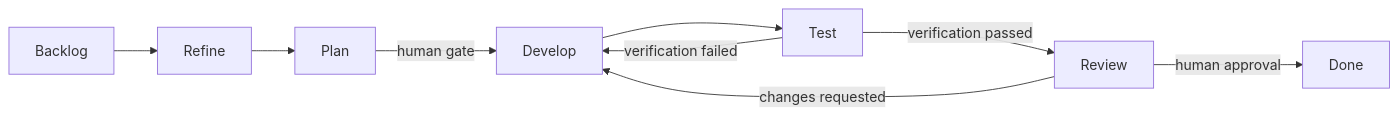
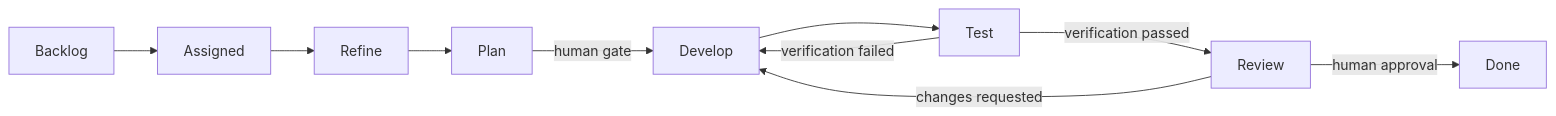
Before and after one commit to kburson/ai-task-manager: the diagram in docs/introduction/core-workflow.md, drawn with Mermaid. The commit also changed other lines of this file and 188 other files, not shown here.

````diff
--- a/docs/introduction/core-workflow.md
+++ b/docs/introduction/core-workflow.md
@@ -55,11 +55,12 @@
 ```mermaid
 flowchart LR
-    Backlog --> Refine
+    Backlog --> Assigned
+    Assigned --> Refine
     Refine --> Plan
     Plan -->|human gate| Develop
     Develop --> Test
     Test -->|verification passed| Review
     Test -->|verification failed| Develop
     Review -->|human approval| Done
     Review -->|changes requested| Develop
 ```
````
